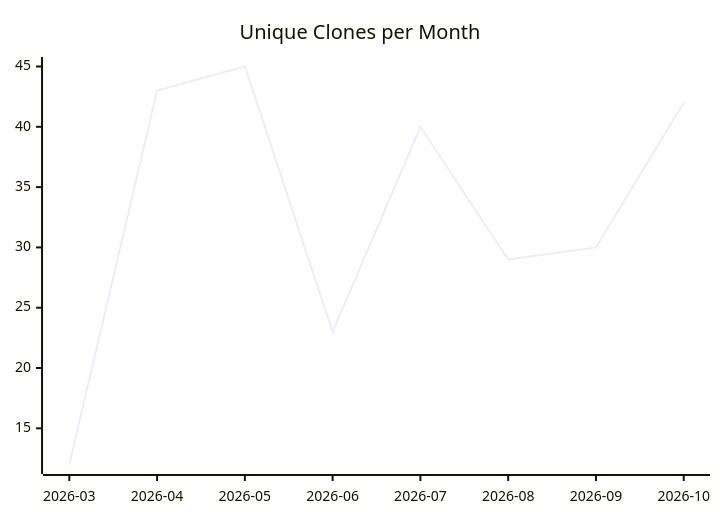
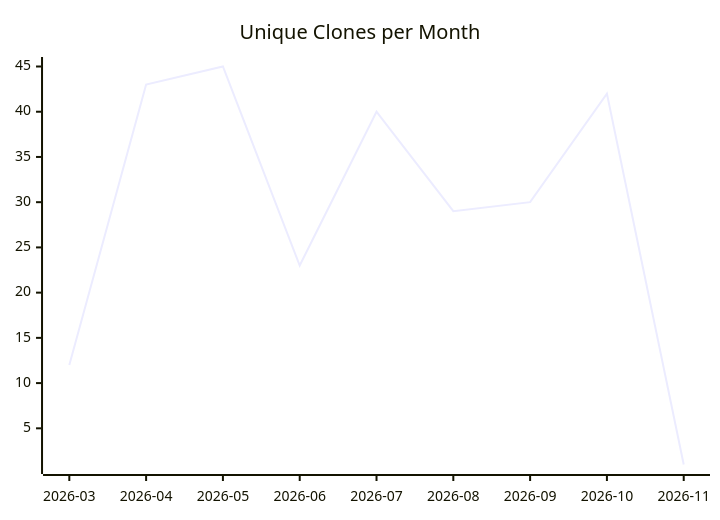
The third of 3 diagrams in karlmdavis/ksoap2-android/README.md (justdavis-family/github-analytics-data), drawn with Mermaid before and after one commit. The commit also changed other lines of this file and 201 other files, not shown here.

````diff
--- a/karlmdavis/ksoap2-android/README.md
+++ b/karlmdavis/ksoap2-android/README.md
@@ -19,6 +19,6 @@
 ```mermaid
 xychart-beta
   title "Unique Clones per Month"
-  x-axis ["2026-03", "2026-04", "2026-05", "2026-06", "2026-07", "2026-08", "2026-09", "2026-10"]
-  line [12, 43, 45, 23, 40, 29, 30, 42]
+  x-axis ["2026-03", "2026-04", "2026-05", "2026-06", "2026-07", "2026-08", "2026-09", "2026-10", "2026-11"]
+  line [12, 43, 45, 23, 40, 29, 30, 42, 1]
 ```
````
